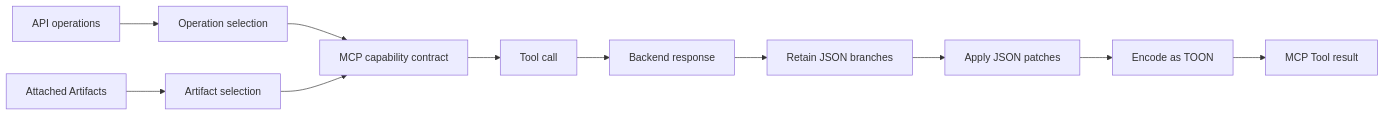
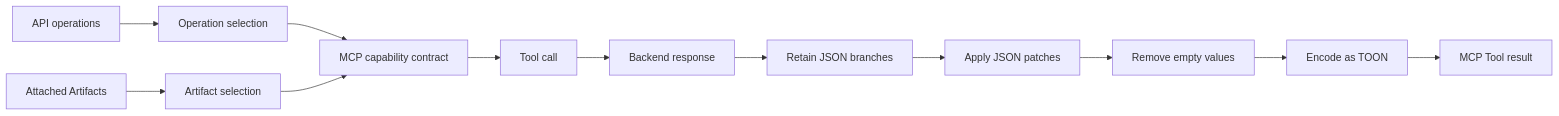
The diagram in docs/explanations/context-control.md (reshaprio/reshapr.io), drawn with Mermaid before and after one commit. The commit also changed other lines of this file and 56 other files, not shown here.

````diff
--- a/docs/explanations/context-control.md
+++ b/docs/explanations/context-control.md
@@ -11,13 +11,14 @@
 ```mermaid
 flowchart LR
   API[API operations] --> Ops[Operation selection]
   Artifacts[Attached Artifacts] --> Select[Artifact selection]
   Ops --> Contract[MCP capability contract]
   Select --> Contract
   Contract --> Call[Tool call]
   Call --> Response[Backend response]
   Response --> Retain[Retain JSON branches]
   Retain --> Patch[Apply JSON patches]
-  Patch --> Toon[Encode as TOON]
+  Patch --> Compact[Remove empty values]
+  Compact --> Toon[Encode as TOON]
   Toon --> Result[MCP Tool result]
 ```
````
